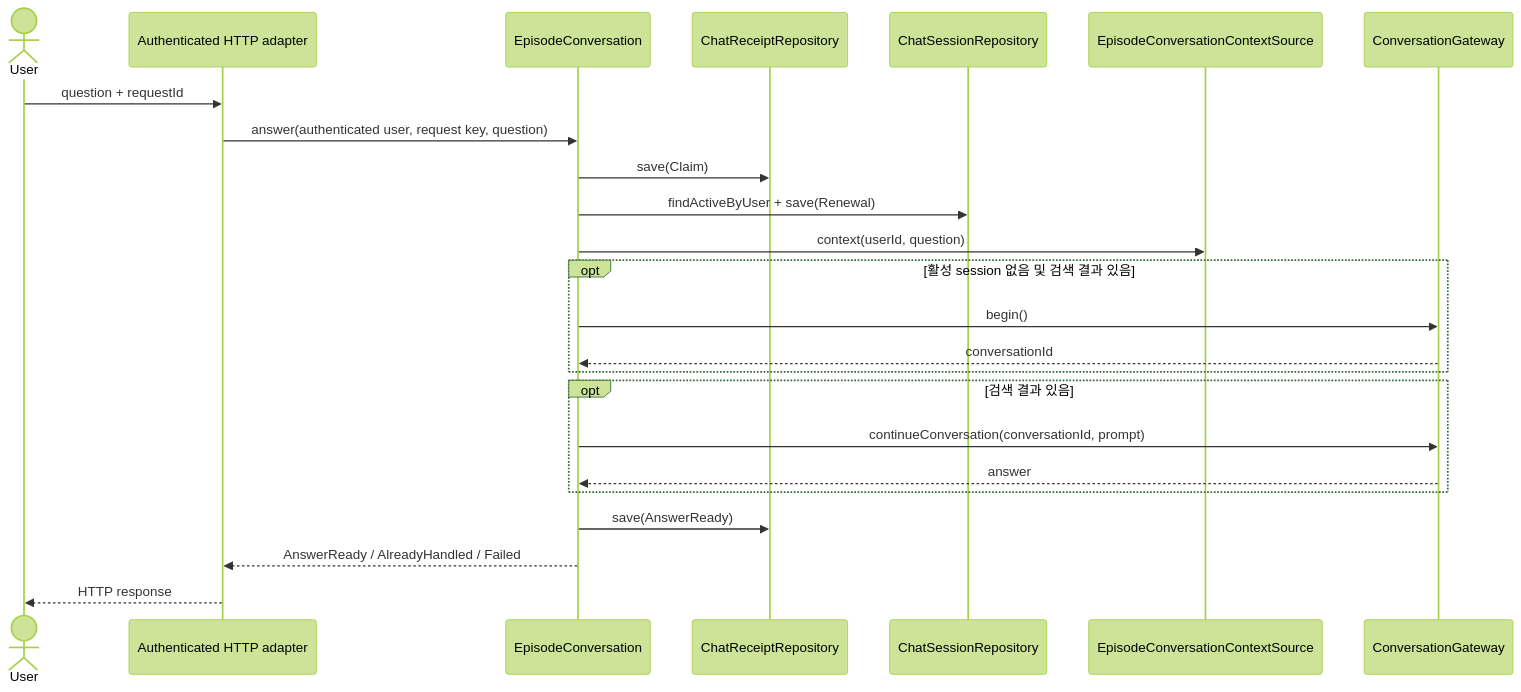
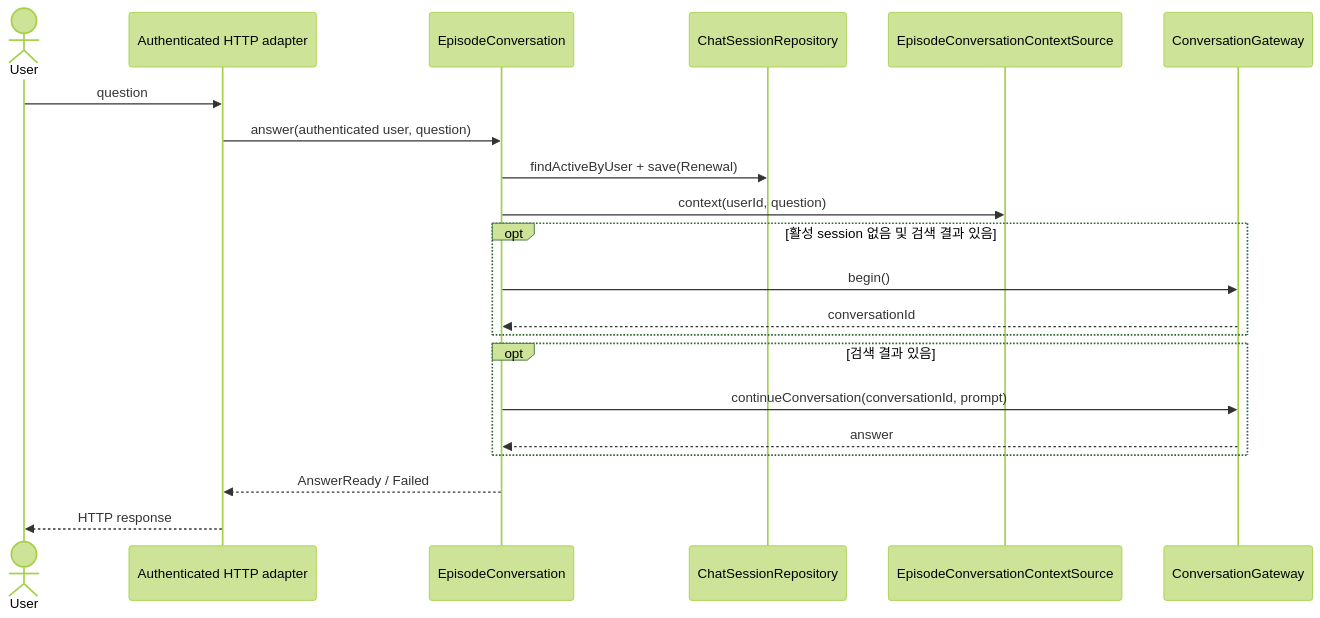
One commit to magenta1223/home_assistant changed the second of 2 diagrams in application/src/main/kotlin/com/homeassistant/application/usecase/README.md. Above: the diagram before and after it, drawn with Mermaid (forest theme). The commit also changed other lines of this file and 16 other files, not shown here.

Commit message:
refactor: Remove chat request receipts left over from the Slack channel

````diff
--- a/application/src/main/kotlin/com/homeassistant/application/usecase/README.md
+++ b/application/src/main/kotlin/com/homeassistant/application/usecase/README.md
@@ -55,27 +55,24 @@
 ```mermaid
 sequenceDiagram
     actor User
     participant HTTP as Authenticated HTTP adapter
     participant Conversation as EpisodeConversation
-    participant Receipts as ChatReceiptRepository
     participant Sessions as ChatSessionRepository
     participant Context as EpisodeConversationContextSource
     participant Gateway as ConversationGateway
 
-    User->>HTTP: question + requestId
-    HTTP->>Conversation: answer(authenticated user, request key, question)
-    Conversation->>Receipts: save(Claim)
+    User->>HTTP: question
+    HTTP->>Conversation: answer(authenticated user, question)
     Conversation->>Sessions: findActiveByUser + save(Renewal)
     Conversation->>Context: context(userId, question)
     opt 활성 session 없음 및 검색 결과 있음
         Conversation->>Gateway: begin()
         Gateway-->>Conversation: conversationId
     end
     opt 검색 결과 있음
         Conversation->>Gateway: continueConversation(conversationId, prompt)
         Gateway-->>Conversation: answer
     end
-    Conversation->>Receipts: save(AnswerReady)
-    Conversation-->>HTTP: AnswerReady / AlreadyHandled / Failed
+    Conversation-->>HTTP: AnswerReady / Failed
     HTTP-->>User: HTTP response
 ```
````
